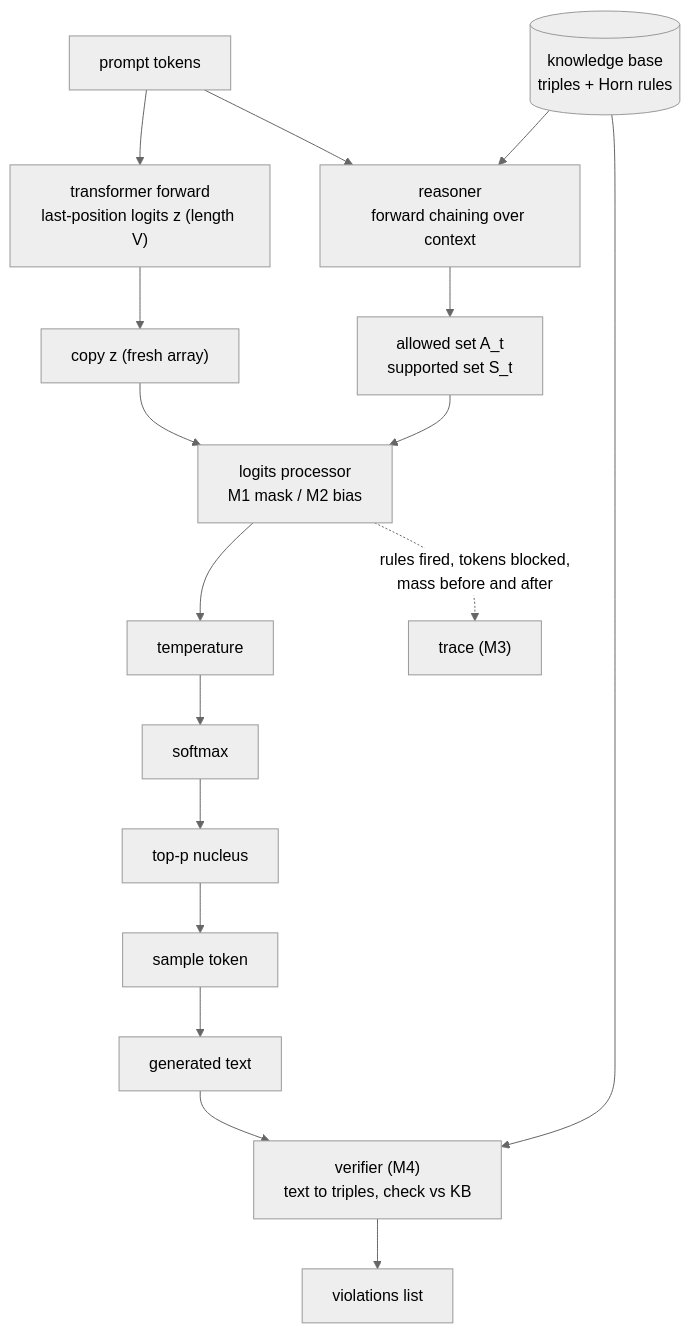
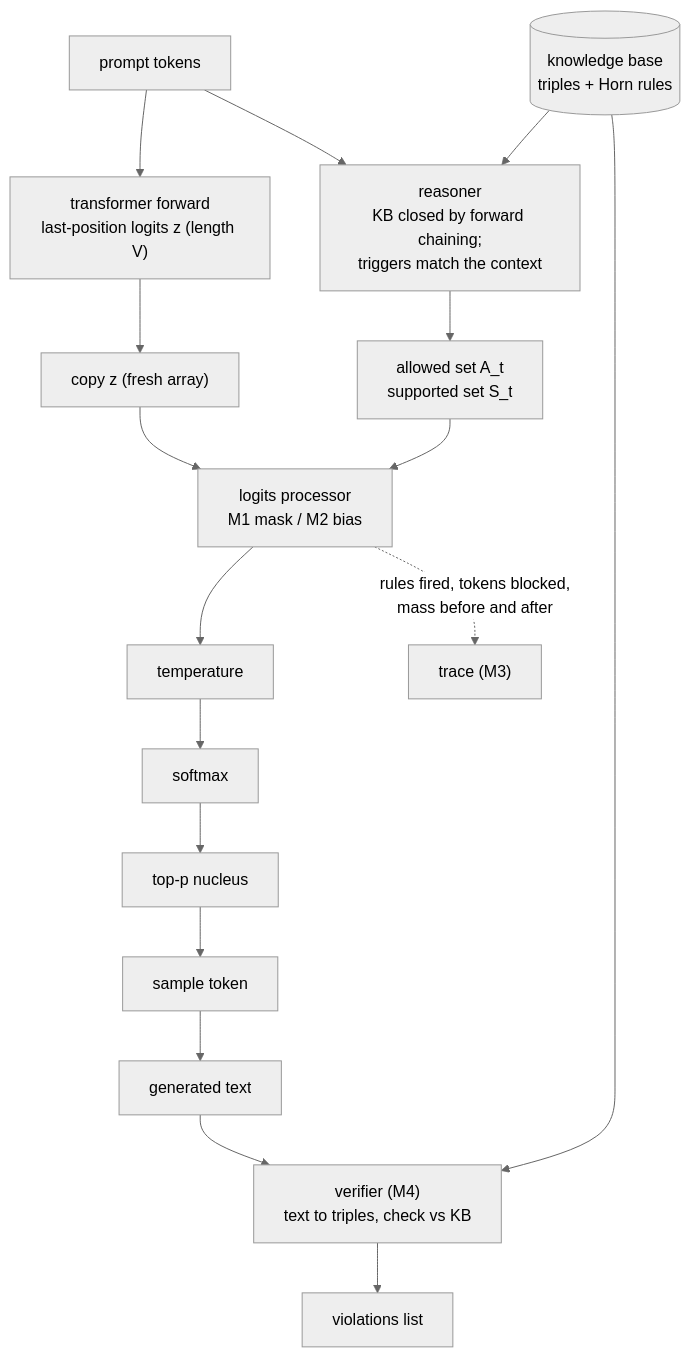
The diagram in docs/progress/04-neurosymbolic-design.md (nhan03bit/neural_symbolic_nlp), drawn with Mermaid (neutral theme) before and after one commit. The commit also changed other lines of this file and 82 other files, not shown here.

````diff
--- a/docs/progress/04-neurosymbolic-design.md
+++ b/docs/progress/04-neurosymbolic-design.md
@@ -55,19 +55,19 @@
 ```mermaid
 flowchart TD
   P["prompt tokens"] --> F["transformer forward<br/>last-position logits z (length V)"]
   F --> C["copy z (fresh array)"]
-  KB[("knowledge base<br/>triples + Horn rules")] --> R["reasoner<br/>forward chaining over context"]
+  KB[("knowledge base<br/>triples + Horn rules")] --> R["reasoner<br/>KB closed by forward chaining;<br/>triggers match the context"]
   P --> R
   R --> A["allowed set A_t<br/>supported set S_t"]
   C --> M["logits processor<br/>M1 mask / M2 bias"]
   A --> M
   M --> T["temperature"]
   T --> S["softmax"]
   S --> N["top-p nucleus"]
   N --> X["sample token"]
   M -. "rules fired, tokens blocked,<br/>mass before and after" .-> TR["trace (M3)"]
   X --> O["generated text"]
   O --> V["verifier (M4)<br/>text to triples, check vs KB"]
   KB --> V
   V --> VR["violations list"]
 ```
````
